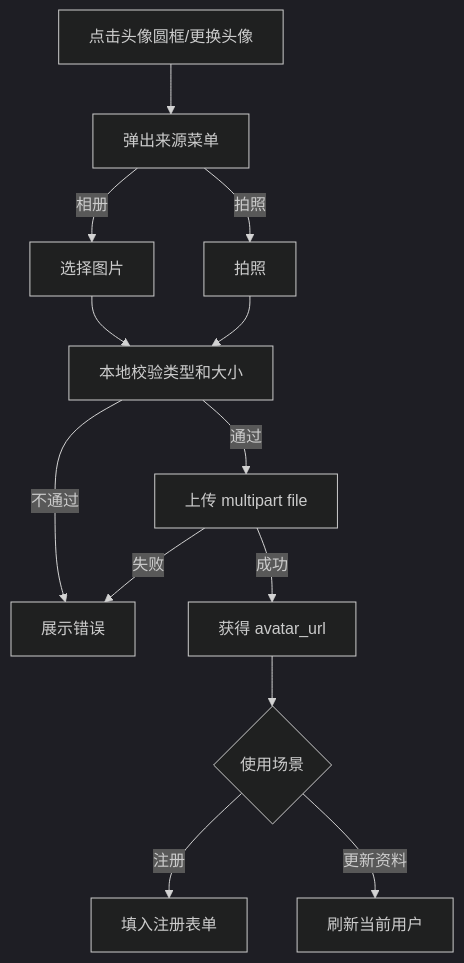
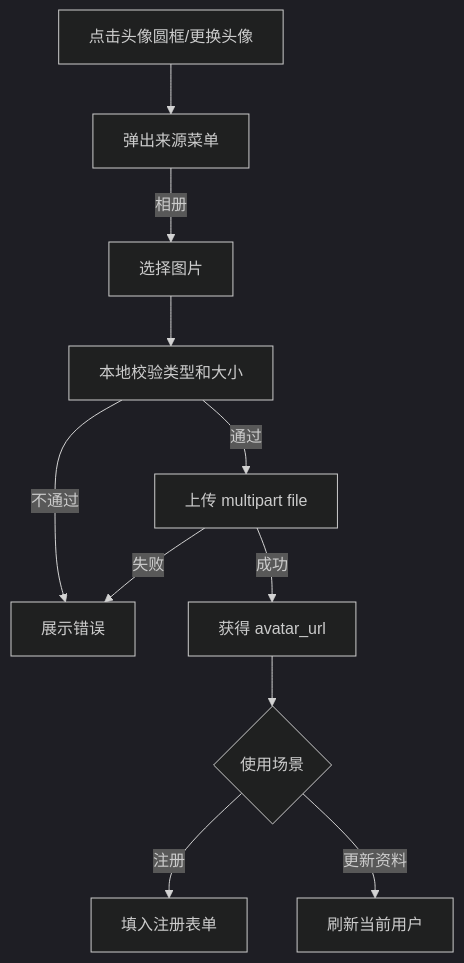
One commit to DancingCodes/room-app changed the tenth of 10 diagrams in docs/客户端逻辑设计.md. Above: the diagram before and after it, drawn with Mermaid (dark theme). The commit also changed 19 other files, not shown here.

````diff
--- a/docs/客户端逻辑设计.md
+++ b/docs/客户端逻辑设计.md
@@ -165,15 +165,13 @@
 ```mermaid
 flowchart TD
     A[点击头像圆框/更换头像] --> B[弹出来源菜单]
     B -- 相册 --> C[选择图片]
-    B -- 拍照 --> D[拍照]
     C --> E[本地校验类型和大小]
-    D --> E
     E -- 通过 --> F[上传 multipart file]
     E -- 不通过 --> G[展示错误]
     F -- 成功 --> H[获得 avatar_url]
     F -- 失败 --> G
     H --> I{使用场景}
     I -- 注册 --> J[填入注册表单]
     I -- 更新资料 --> K[刷新当前用户]
 ```
````
